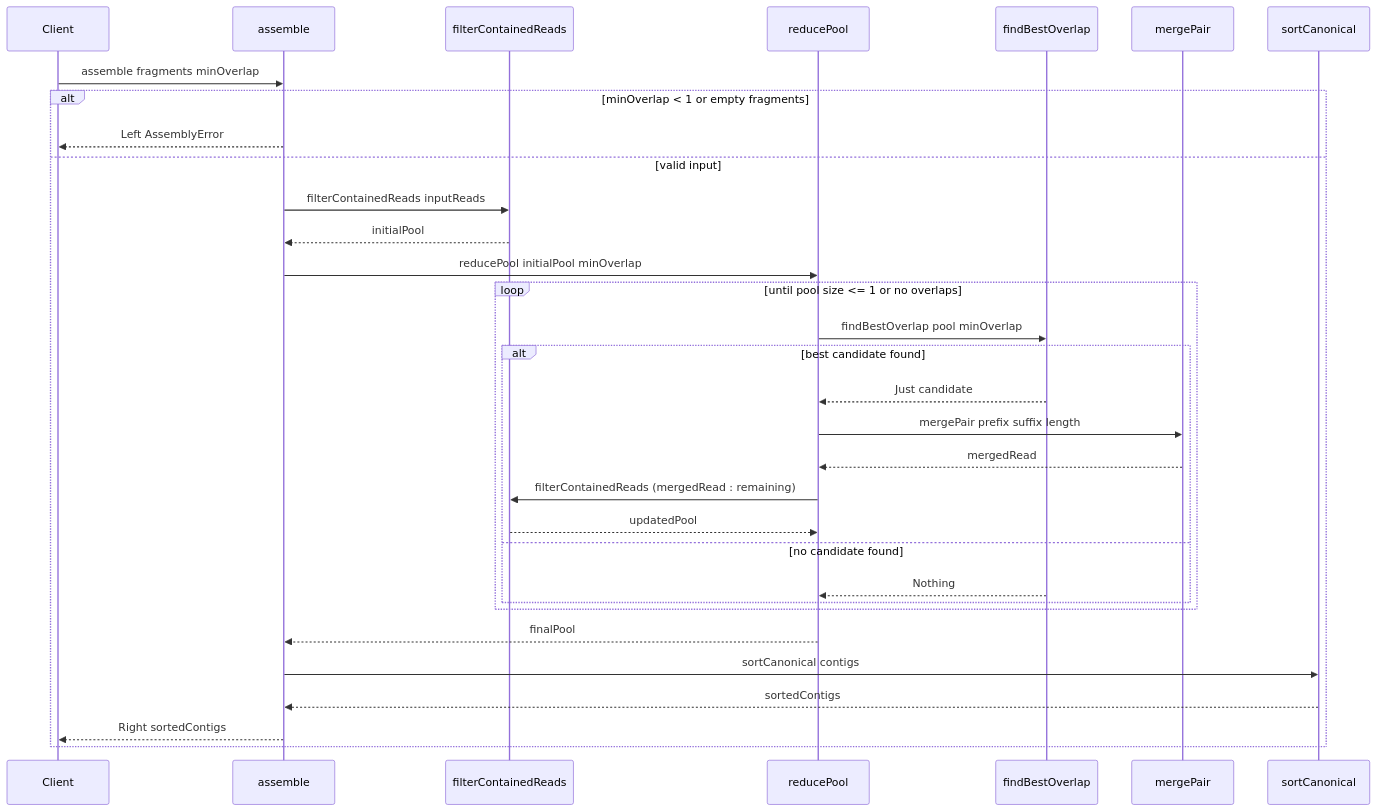
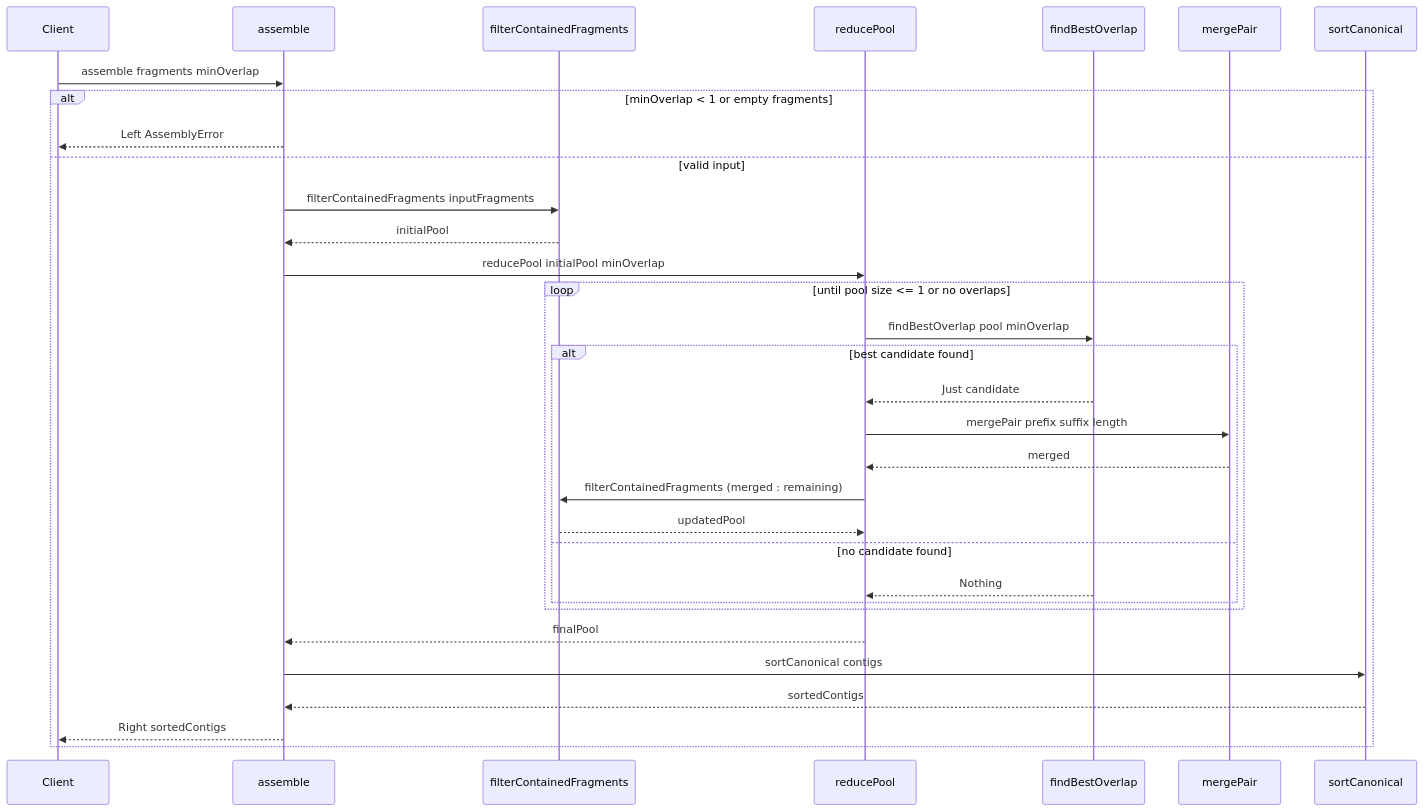
One commit to frankhjung/haskell-reconstruct-strings changed the diagram in README.md. Above: the diagram before and after it, drawn with Mermaid. The commit also changed other lines of this file and 3 other files, not shown here.

Commit message:
feat: add animation guide for greedy overlap sequence assembler and implement selectBetter and compareCandidates functions

````diff
--- a/README.md
+++ b/README.md
@@ -33,35 +33,35 @@
 ```mermaid
 sequenceDiagram
     participant C as Client
     participant A as assemble
-    participant FCR as filterContainedReads
+    participant FCR as filterContainedFragments
     participant RP as reducePool
     participant FBO as findBestOverlap
     participant MP as mergePair
     participant SC as sortCanonical
 
     C->>A: assemble fragments minOverlap
     alt minOverlap < 1 or empty fragments
         A-->>C: Left AssemblyError
     else valid input
-        A->>FCR: filterContainedReads inputReads
+        A->>FCR: filterContainedFragments inputFragments
         FCR-->>A: initialPool
         A->>RP: reducePool initialPool minOverlap
         loop until pool size <= 1 or no overlaps
             RP->>FBO: findBestOverlap pool minOverlap
             alt best candidate found
                 FBO-->>RP: Just candidate
                 RP->>MP: mergePair prefix suffix length
-                MP-->>RP: mergedRead
-                RP->>FCR: filterContainedReads (mergedRead : remaining)
+                MP-->>RP: merged
+                RP->>FCR: filterContainedFragments (merged : remaining)
                 FCR-->>RP: updatedPool
             else no candidate found
                 FBO-->>RP: Nothing
             end
         end
         RP-->>A: finalPool
         A->>SC: sortCanonical contigs
         SC-->>A: sortedContigs
         A-->>C: Right sortedContigs
     end
 ```
````
